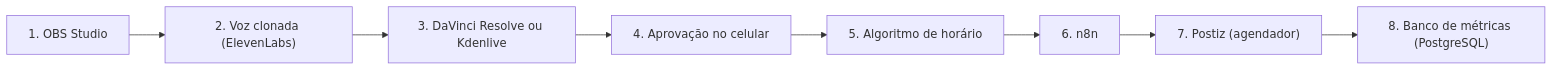
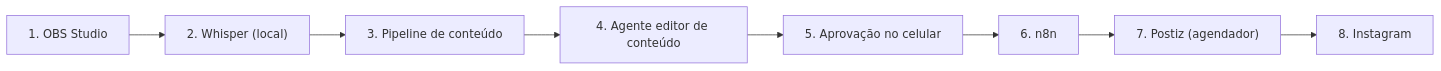
The eighth of 13 diagrams in docs/fluxos.md (AlanMateus17/dev-setup), drawn with Mermaid before and after one commit. The commit also changed other lines of this file and 38 other files, not shown here.

````diff
--- a/docs/fluxos.md
+++ b/docs/fluxos.md
@@ -228,18 +222,18 @@
 ```mermaid
 flowchart LR
   s0["1. OBS Studio"]
-  s1["2. Voz clonada (ElevenLabs)"]
-  s2["3. DaVinci Resolve ou Kdenlive"]
-  s3["4. Aprovação no celular"]
-  s4["5. Algoritmo de horário"]
+  s1["2. Whisper (local)"]
+  s2["3. Pipeline de conteúdo"]
+  s3["4. Agente editor de conteúdo"]
+  s4["5. Aprovação no celular"]
   s5["6. n8n"]
   s6["7. Postiz (agendador)"]
-  s7["8. Banco de métricas (PostgreSQL)"]
+  s7["8. Instagram"]
   s0 --> s1
   s1 --> s2
   s2 --> s3
   s3 --> s4
   s4 --> s5
   s5 --> s6
   s6 --> s7
 ```
````
